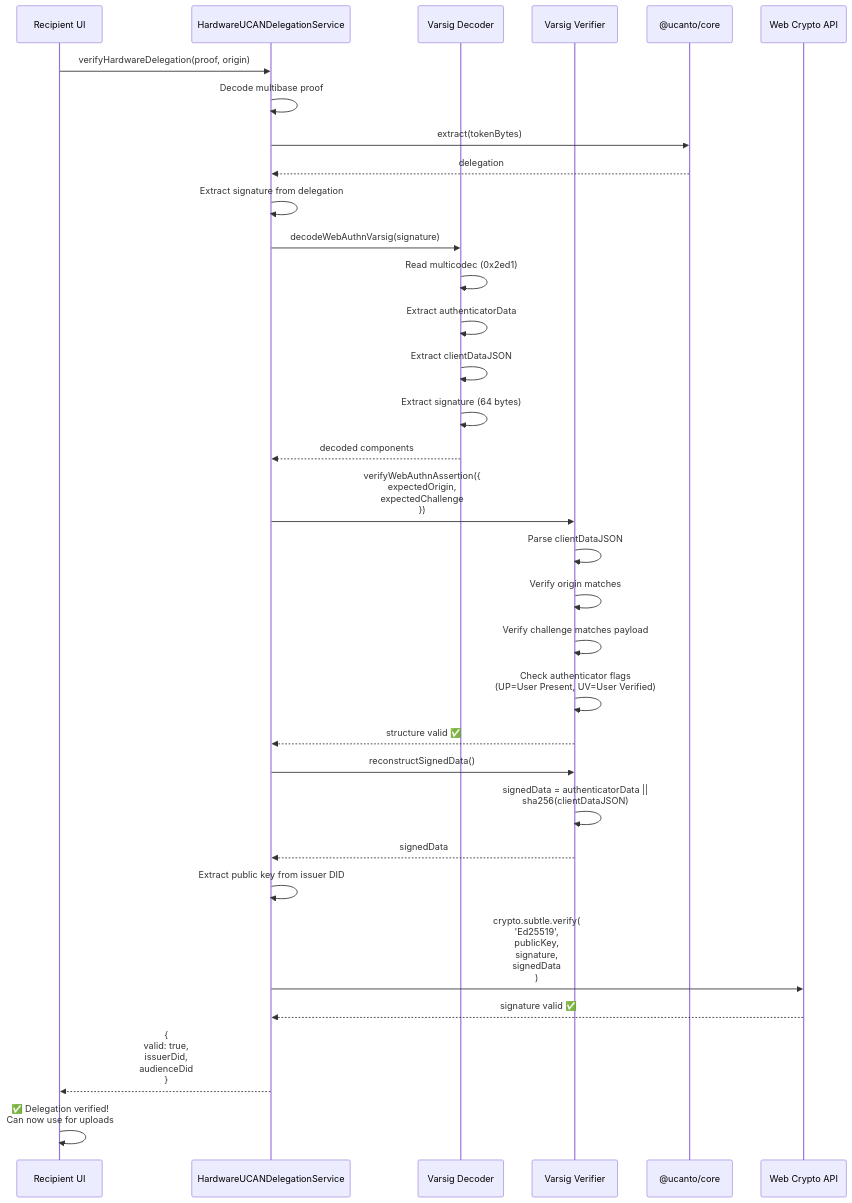
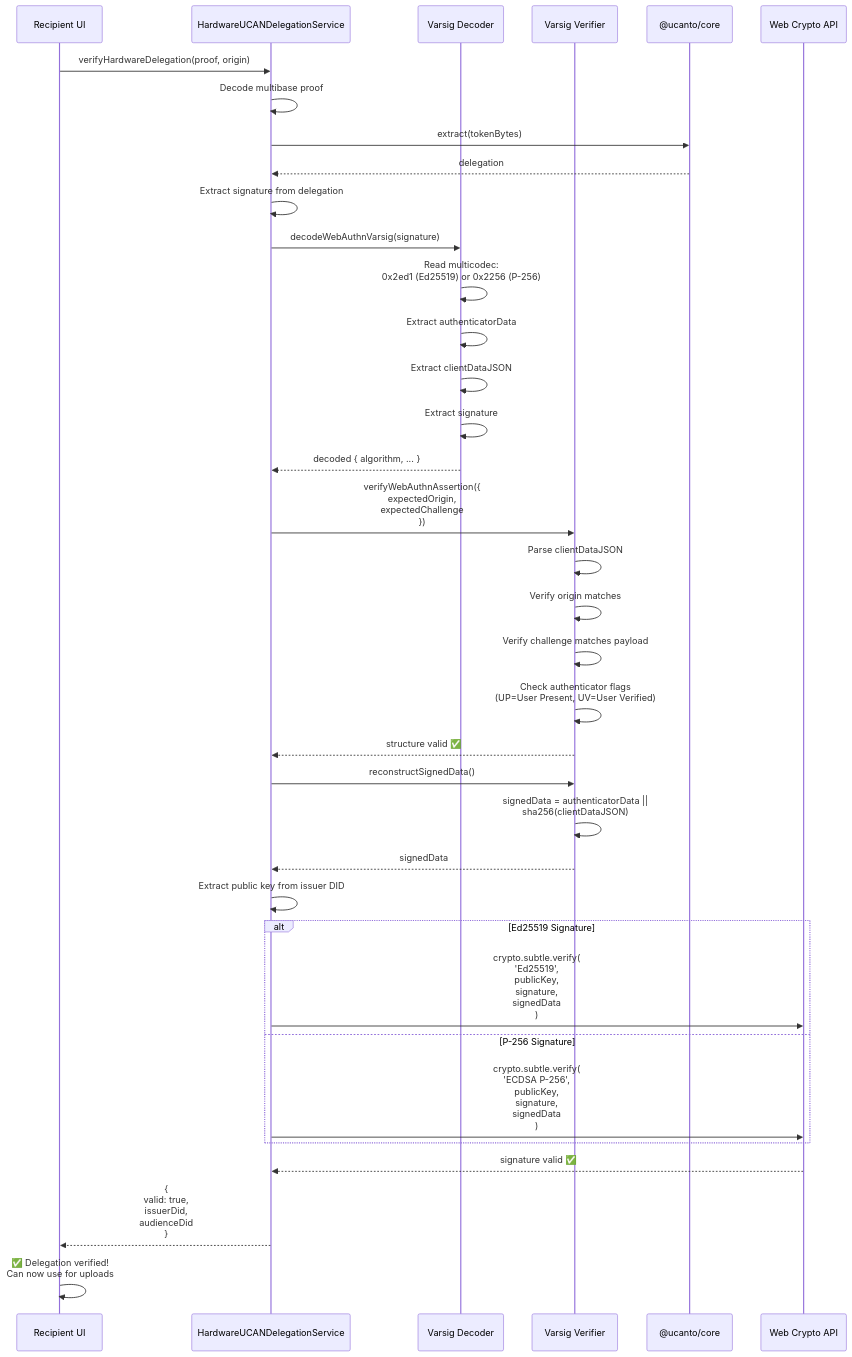
Before and after one commit to NiKrause/ucan-upload-wall: the fifth of 13 diagrams in docs/ARCHITECTURE_FLOW.md, drawn with Mermaid. The commit also changed other lines of this file and 10 other files, not shown here.

````diff
--- a/docs/ARCHITECTURE_FLOW.md
+++ b/docs/ARCHITECTURE_FLOW.md
@@ -265,43 +288,49 @@
 ```mermaid
 sequenceDiagram
     participant RecipientUI as Recipient UI
     participant HardwareService as HardwareUCANDelegationService
     participant VarsigDecoder as Varsig Decoder
     participant VarsigVerifier as Varsig Verifier
     participant Ucanto as @ucanto/core
     participant WebCrypto as Web Crypto API
 
     RecipientUI->>HardwareService: verifyHardwareDelegation(proof, origin)
     
     HardwareService->>HardwareService: Decode multibase proof
     HardwareService->>Ucanto: extract(tokenBytes)
     Ucanto-->>HardwareService: delegation
     
     HardwareService->>HardwareService: Extract signature from delegation
     HardwareService->>VarsigDecoder: decodeWebAuthnVarsig(signature)
     
-    VarsigDecoder->>VarsigDecoder: Read multicodec (0x2ed1)
+    VarsigDecoder->>VarsigDecoder: Read multicodec:<br/>0x2ed1 (Ed25519) or 0x2256 (P-256)
     VarsigDecoder->>VarsigDecoder: Extract authenticatorData
     VarsigDecoder->>VarsigDecoder: Extract clientDataJSON
-    VarsigDecoder->>VarsigDecoder: Extract signature (64 bytes)
-    VarsigDecoder-->>HardwareService: decoded components
+    VarsigDecoder->>VarsigDecoder: Extract signature
+    VarsigDecoder-->>HardwareService: decoded { algorithm, ... }
     
     HardwareService->>VarsigVerifier: verifyWebAuthnAssertion({<br/>  expectedOrigin,<br/>  expectedChallenge<br/>})
     
     VarsigVerifier->>VarsigVerifier: Parse clientDataJSON
     VarsigVerifier->>VarsigVerifier: Verify origin matches
     VarsigVerifier->>VarsigVerifier: Verify challenge matches payload
     VarsigVerifier->>VarsigVerifier: Check authenticator flags<br/>(UP=User Present, UV=User Verified)
     VarsigVerifier-->>HardwareService: structure valid ✅
     
     HardwareService->>VarsigVerifier: reconstructSignedData()
     VarsigVerifier->>VarsigVerifier: signedData = authenticatorData ||<br/>                 sha256(clientDataJSON)
     VarsigVerifier-->>HardwareService: signedData
     
     HardwareService->>HardwareService: Extract public key from issuer DID
-    HardwareService->>WebCrypto: crypto.subtle.verify(<br/>  'Ed25519',<br/>  publicKey,<br/>  signature,<br/>  signedData<br/>)
+    
+    alt Ed25519 Signature
+        HardwareService->>WebCrypto: crypto.subtle.verify(<br/>  'Ed25519',<br/>  publicKey,<br/>  signature,<br/>  signedData<br/>)
+    else P-256 Signature
+        HardwareService->>WebCrypto: crypto.subtle.verify(<br/>  'ECDSA P-256',<br/>  publicKey,<br/>  signature,<br/>  signedData<br/>)
+    end
+    
     WebCrypto-->>HardwareService: signature valid ✅
     
     HardwareService-->>RecipientUI: {<br/>  valid: true,<br/>  issuerDid,<br/>  audienceDid<br/>}
     RecipientUI->>RecipientUI: ✅ Delegation verified!<br/>Can now use for uploads
 ```
````
